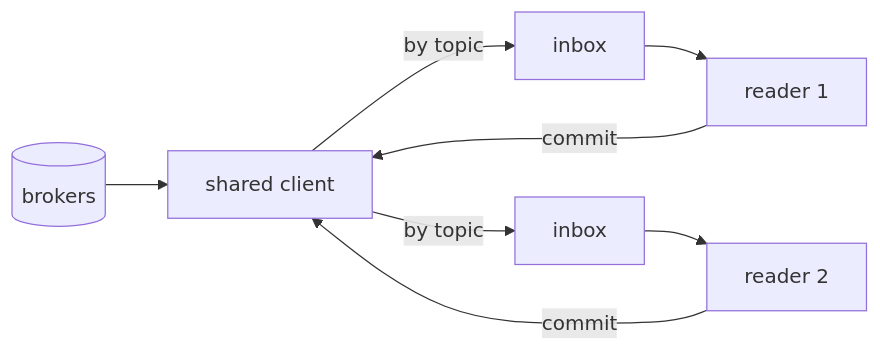
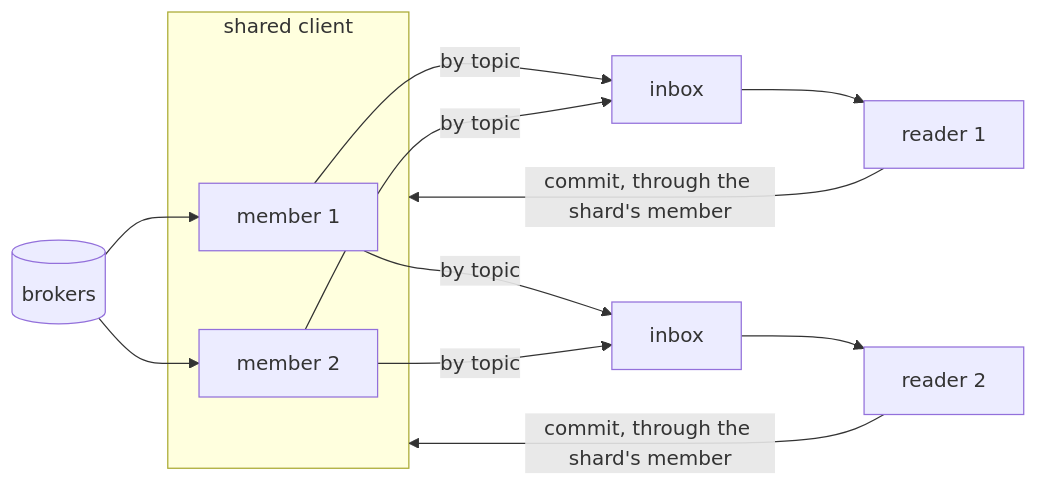
The first of 3 diagrams in docs/architecture/runtime-stages.md (smeltr-sh/smeltr), drawn with Mermaid before and after one commit. The commit also changed other lines of this file and 5 other files, not shown here.

First line of the commit message:
Read each Kafka client through several consumers

````diff
--- a/docs/architecture/runtime-stages.md
+++ b/docs/architecture/runtime-stages.md
@@ -68,7 +73,11 @@
 ```mermaid
 flowchart LR
-  B[(brokers)] --> C[shared client]
-  C -->|by topic| I1[inbox] --> R1[reader 1]
-  C -->|by topic| I2[inbox] --> R2[reader 2]
-  R1 & R2 -->|commit| C
+  B[(brokers)] --> M1[member 1] & M2[member 2]
+  subgraph C[shared client]
+    M1
+    M2
+  end
+  M1 & M2 -->|by topic| I1[inbox] --> R1[reader 1]
+  M1 & M2 -->|by topic| I2[inbox] --> R2[reader 2]
+  R1 & R2 -->|commit, through the shard's member| C
 ```
````
